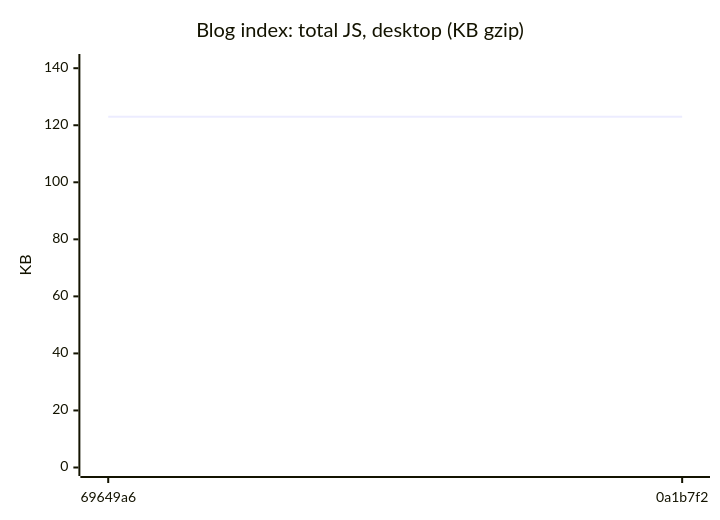
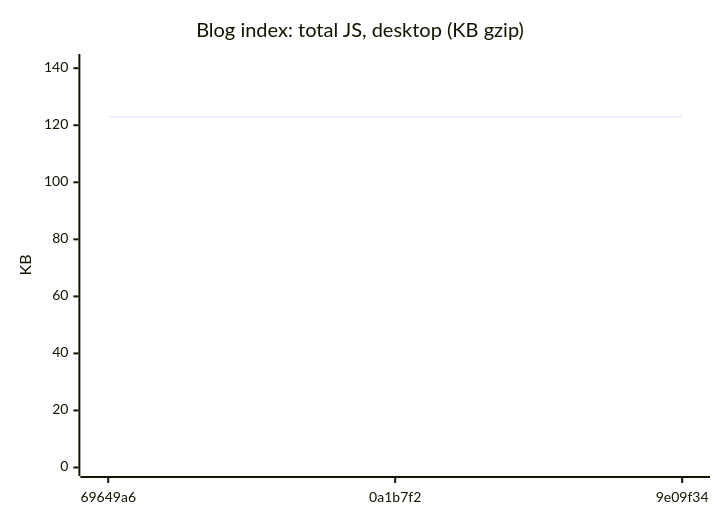
Before and after one commit to AxelUser/maltsev.space: the third of 18 diagrams in README.md, drawn with Mermaid. The commit also changed other lines of this file and 1 other file, not shown here.

````diff
--- a/README.md
+++ b/README.md
@@ -53,7 +53,7 @@
 ```mermaid
 xychart-beta
   title "Blog index: total JS, desktop (KB gzip)"
-  x-axis ["69649a6", "0a1b7f2"]
+  x-axis ["69649a6", "0a1b7f2", "9e09f34"]
   y-axis "KB" 0 --> 142
-  line [123, 123]
+  line [123, 123, 123]
 ```
````
